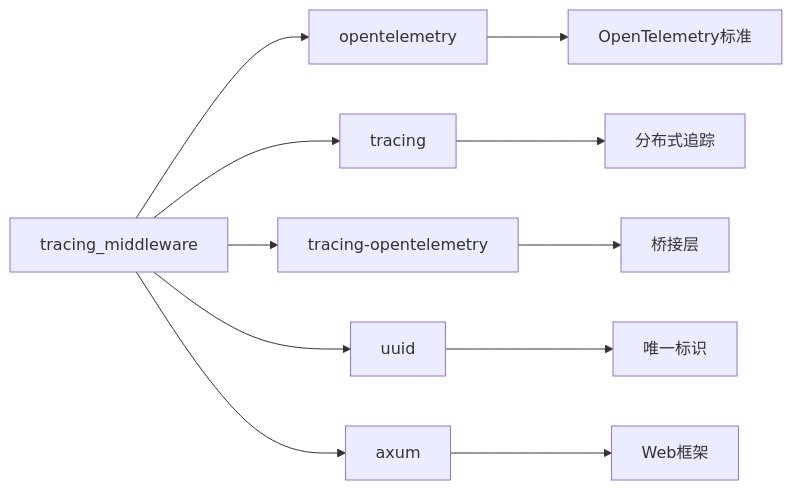
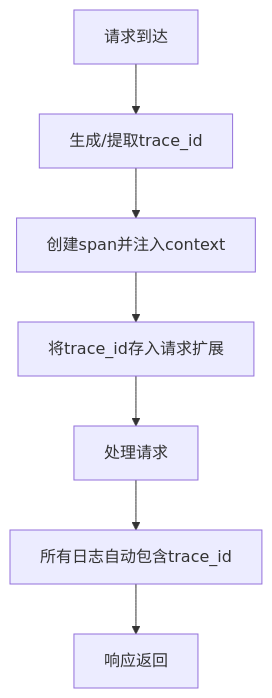
Before and after one commit to nuwax-ai/rcoder: the fourth of 4 diagrams in .qoder/repowiki/zh/content/可观测性/链路追踪.md, drawn with Mermaid. The commit also changed other lines of this file and 185 other files, not shown here.

````diff
--- a/.qoder/repowiki/zh/content/可观测性/链路追踪.md
+++ b/.qoder/repowiki/zh/content/可观测性/链路追踪.md
@@ -184,13 +140,9 @@
 ```mermaid
-graph LR
-A[tracing_middleware] --> B[opentelemetry]
-A --> C[tracing]
-A --> D[tracing-opentelemetry]
-A --> E[uuid]
-A --> F[axum]
-B --> G[OpenTelemetry标准]
-C --> H[分布式追踪]
-D --> I[桥接层]
-E --> J[唯一标识]
-F --> K[Web框架]
+flowchart TD
+A[请求到达] --> B[生成/提取trace_id]
+B --> C[创建span并注入context]
+C --> D[将trace_id存入请求扩展]
+D --> E[处理请求]
+E --> F[所有日志自动包含trace_id]
+F --> G[响应返回]
 ```
````
